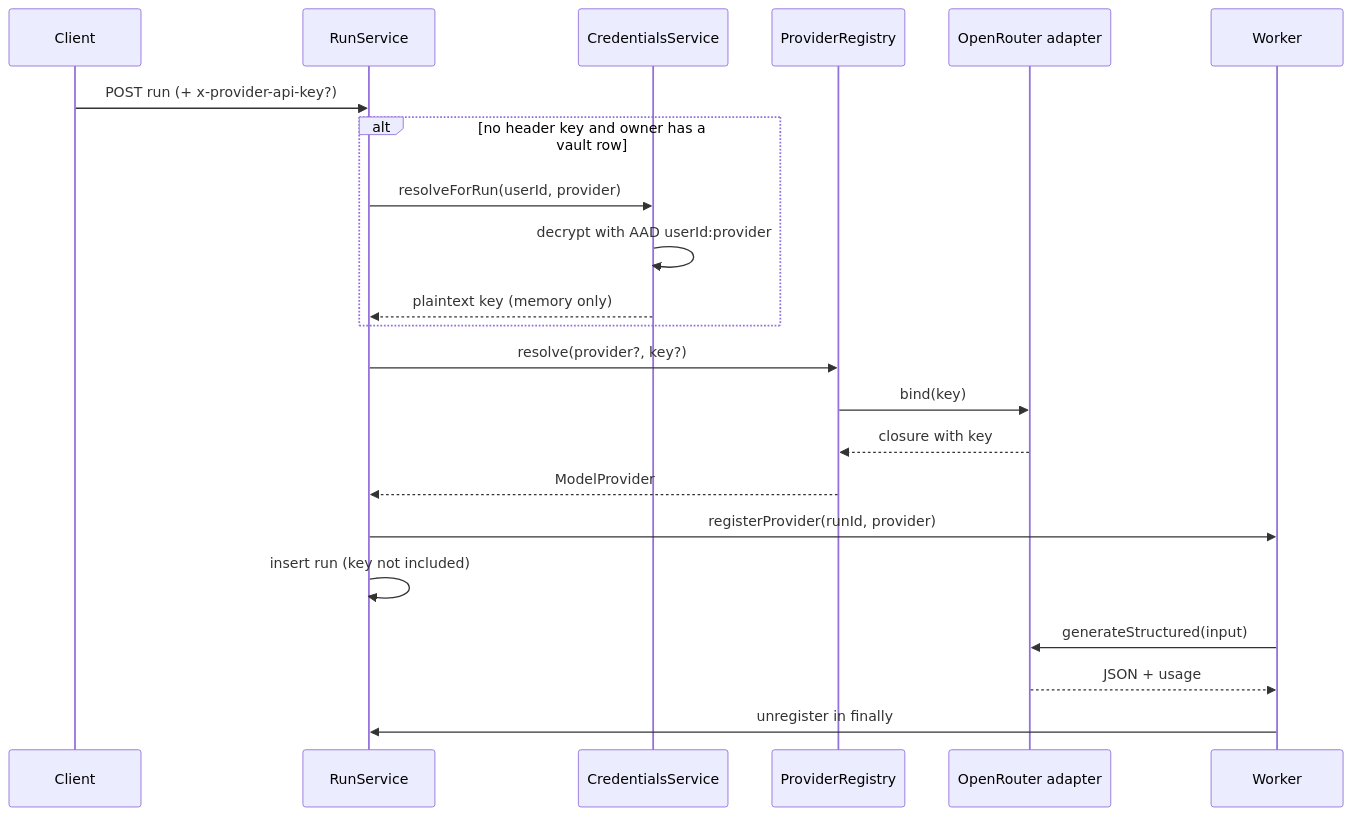
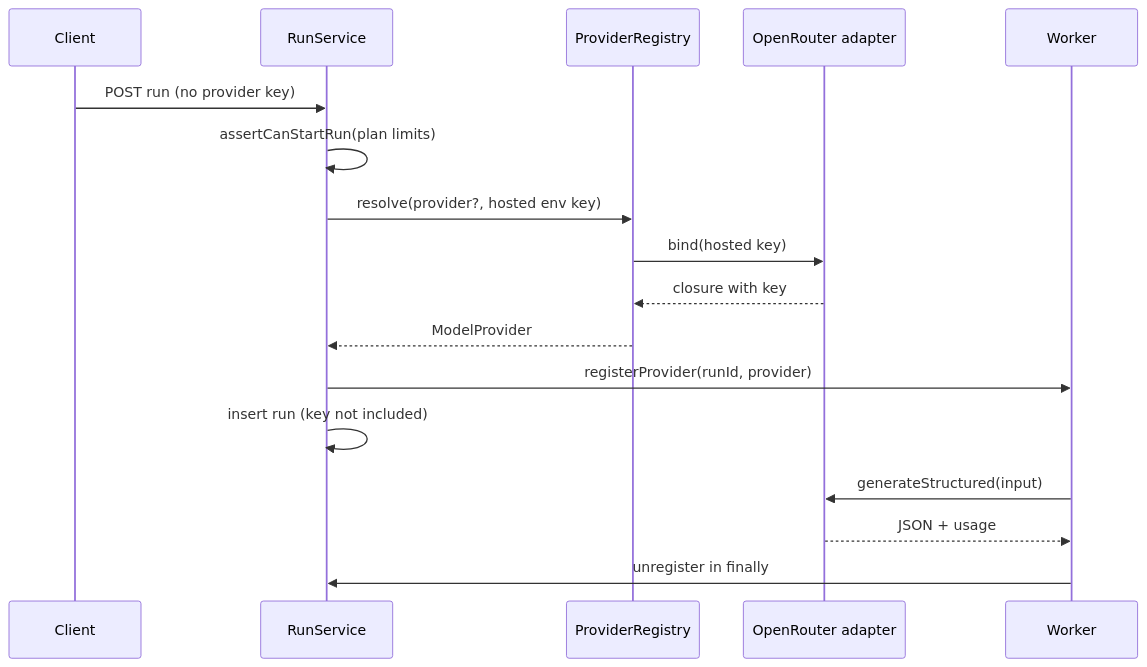
One commit to yogimait/SDA_SystemDesignForAll changed the diagram in backend-server/docs/Providers.md. Above: the diagram before and after it, drawn with Mermaid. The commit also changed other lines of this file and 96 other files, not shown here.

````diff
--- a/backend-server/docs/Providers.md
+++ b/backend-server/docs/Providers.md
@@ -40,24 +43,19 @@
 ```mermaid
 sequenceDiagram
   participant C as Client
   participant API as RunService
-  participant V as CredentialsService
   participant REG as ProviderRegistry
   participant OR as OpenRouter adapter
   participant W as Worker
-  C->>API: POST run (+ x-provider-api-key?)
-  alt no header key and owner has a vault row
-    API->>V: resolveForRun(userId, provider)
-    V->>V: decrypt with AAD userId:provider
-    V-->>API: plaintext key (memory only)
-  end
-  API->>REG: resolve(provider?, key?)
-  REG->>OR: bind(key)
+  C->>API: POST run (no provider key)
+  API->>API: assertCanStartRun(plan limits)
+  API->>REG: resolve(provider?, hosted env key)
+  REG->>OR: bind(hosted key)
   OR-->>REG: closure with key
   REG-->>API: ModelProvider
   API->>W: registerProvider(runId, provider)
   API->>API: insert run (key not included)
   W->>OR: generateStructured(input)
   OR-->>W: JSON + usage
   W->>API: unregister in finally
 ```
````
